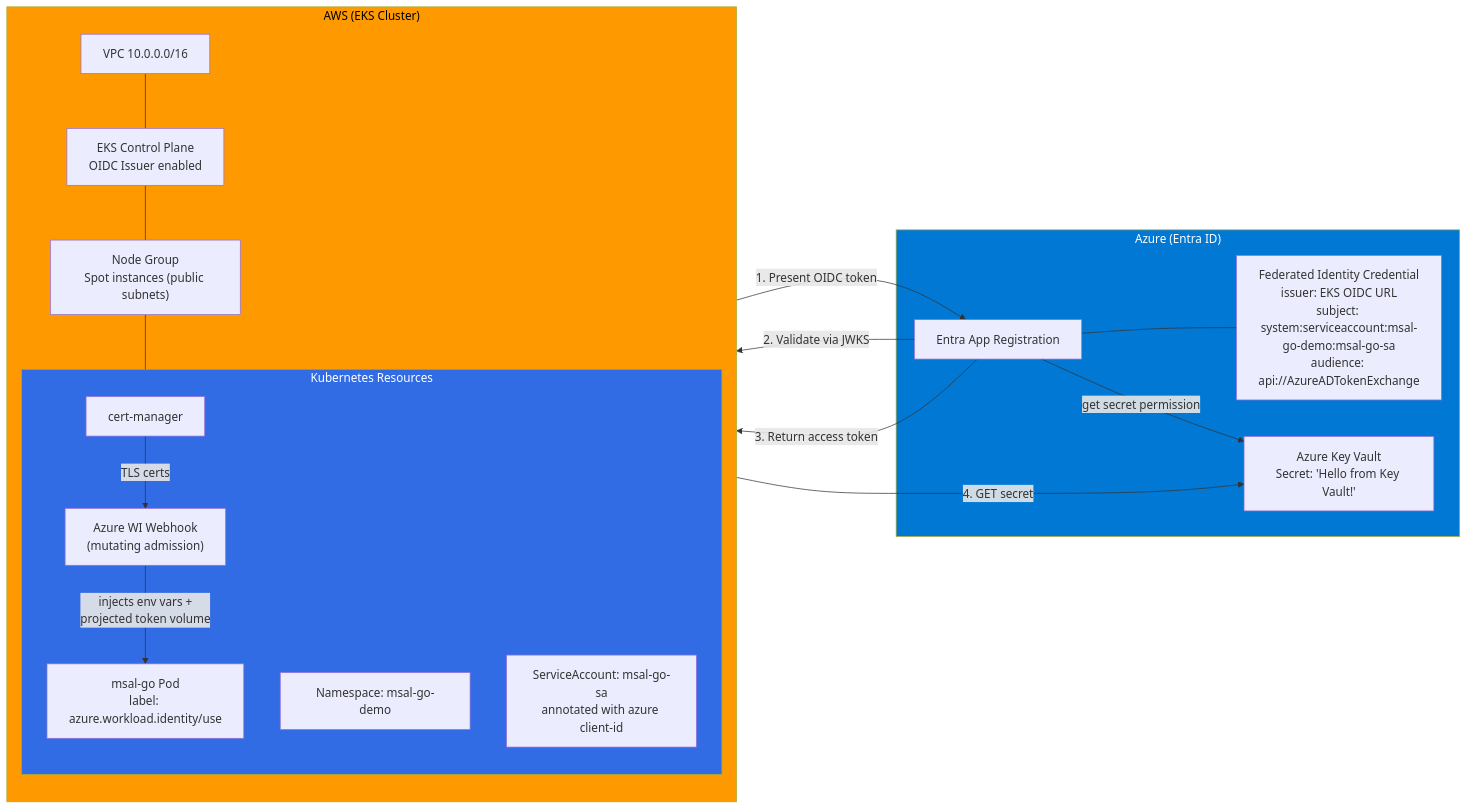
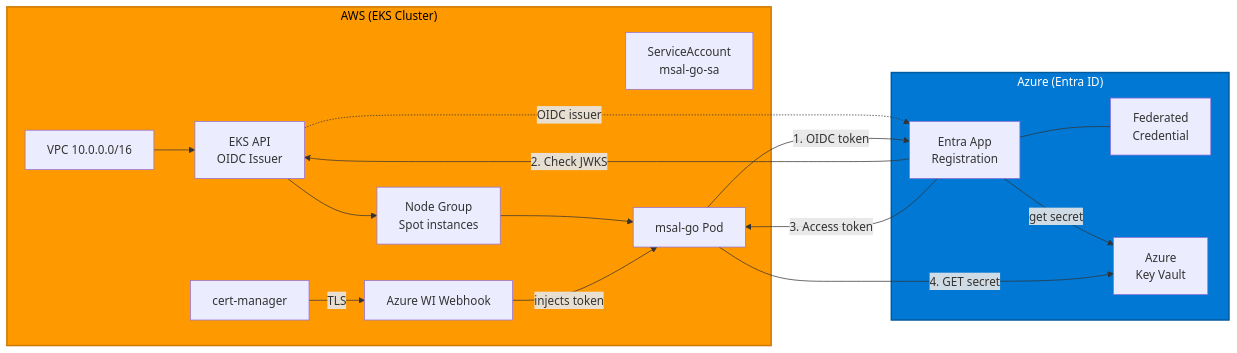
Before and after one commit to djr747/kube-oidc-federation-examples: the third of 4 diagrams in README.md, drawn with Mermaid. The commit also changed other lines of this file, not shown here.

Commit message:
new diagrams

````diff
--- a/README.md
+++ b/README.md
@@ -176,40 +180,39 @@
 ```mermaid
-flowchart LR
+graph LR
     subgraph AWS["AWS (EKS Cluster)"]
-        direction TB
         VPC["VPC 10.0.0.0/16"]
-        EKS["EKS Control Plane<br/>OIDC Issuer enabled"]
-        NG["Node Group<br/>Spot instances (public subnets)"]
+        EKS["EKS API<br/>OIDC Issuer"]
+        NG["Node Group<br/>Spot instances"]
         
-        subgraph PODS["Kubernetes Resources"]
-            CM["cert-manager"]
-            WH["Azure WI Webhook<br/>(mutating admission)"]
-            NS["Namespace: msal-go-demo"]
-            SA["ServiceAccount: msal-go-sa<br/>annotated with azure client-id"]
-            APP["msal-go Pod<br/>label: azure.workload.identity/use"]
-        end
-
-        VPC --- EKS --- NG
-        NG --- PODS
-        WH -->|"injects env vars +<br/>projected token volume"| APP
-        CM -->|"TLS certs"| WH
+        CM["cert-manager"]
+        WH["Azure WI Webhook"]
+        SA["ServiceAccount<br/>msal-go-sa"]
+        APP["msal-go Pod"]
+        
+        VPC --> EKS --> NG
+        NG --> APP
+        WH -->|injects token| APP
+        CM -->|TLS| WH
     end
 
     subgraph AZURE["Azure (Entra ID)"]
-        ENT["Entra App Registration"]
-        FIC["Federated Identity Credential<br/>issuer: EKS OIDC URL<br/>subject: system:serviceaccount:msal-go-demo:msal-go-sa<br/>audience: api://AzureADTokenExchange"]
-        KV["Azure Key Vault<br/>Secret: 'Hello from Key Vault!'"]
+        ENT["Entra App<br/>Registration"]
+        FIC["Federated<br/>Credential"]
+        KV["Azure<br/>Key Vault"]
         
         ENT --- FIC
-        ENT -->|"get secret permission"| KV
+        ENT -->|get secret| KV
     end
 
-    APP -->|"1. Present OIDC token"| ENT
-    ENT -->|"2. Validate via JWKS"| EKS
-    ENT -->|"3. Return access token"| APP
-    APP -->|"4. GET secret"| KV
-
-    style AWS fill:#FF9900,color:#000
-    style AZURE fill:#0078D4,color:#fff
-    style PODS fill:#326CE5,color:#fff
+    EKS -.->|OIDC issuer| ENT
+    APP -->|1. OIDC token| ENT
+    ENT -->|2. Check JWKS| EKS
+    ENT -->|3. Access token| APP
+    APP -->|4. GET secret| KV
+    
+    classDef aws fill:#FF9900,stroke:#cc7700,stroke-width:2px,color:#000
+    classDef azure fill:#0078D4,stroke:#005a9e,stroke-width:2px,color:#fff
+    
+    class AWS aws
+    class AZURE azure
 ```
````
